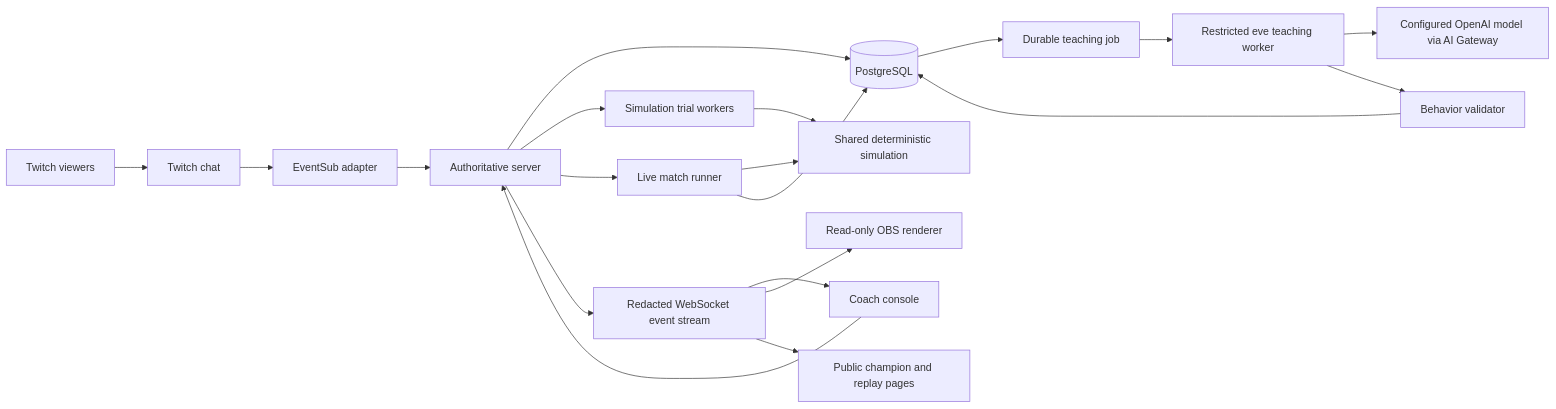
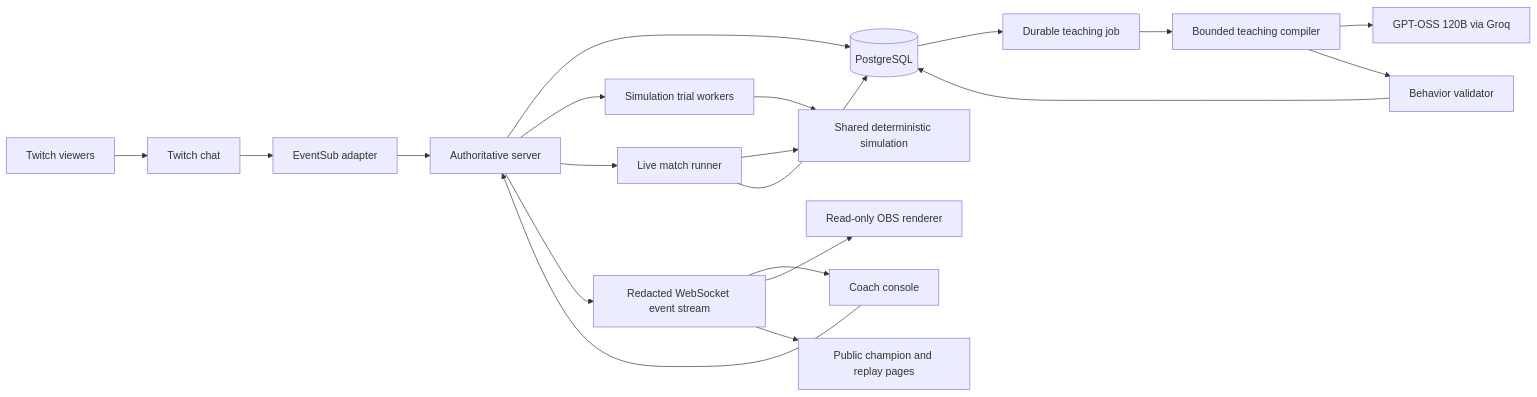
One commit to simiyu-samuel/chorusborn changed the diagram in docs/architecture.md. Above: the diagram before and after it, drawn with Mermaid. The commit also changed other lines of this file and 31 other files, not shown here.

````diff
--- a/docs/architecture.md
+++ b/docs/architecture.md
@@ -28,22 +28,22 @@
 ```mermaid
 flowchart LR
   TV[Twitch viewers] --> TC[Twitch chat]
   TC --> ES[EventSub adapter]
   ES --> API[Authoritative server]
   HOST[Coach console] --> API
   API --> DB[(PostgreSQL)]
   DB --> JOB[Durable teaching job]
-  JOB --> TEACH[Restricted eve teaching worker]
-  TEACH --> MODEL[Configured OpenAI model via AI Gateway]
+  JOB --> TEACH[Bounded teaching compiler]
+  TEACH --> MODEL[GPT-OSS 120B via Groq]
   TEACH --> VALIDATE[Behavior validator]
   VALIDATE --> DB
   API --> TRIAL[Simulation trial workers]
   TRIAL --> SIM[Shared deterministic simulation]
   API --> MATCH[Live match runner]
   MATCH --> SIM
   MATCH --> DB
   API --> WS[Redacted WebSocket event stream]
   WS --> HOST
   WS --> OBS[Read-only OBS renderer]
   WS --> PUBLIC[Public champion and replay pages]
 ```
````
